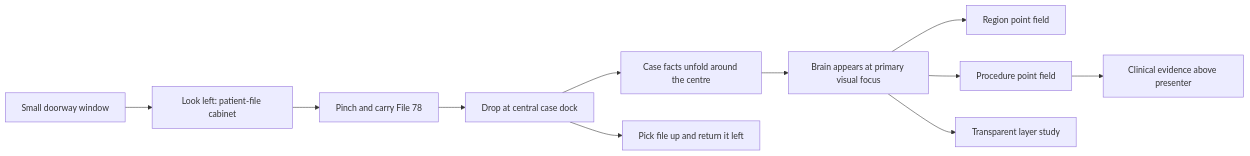
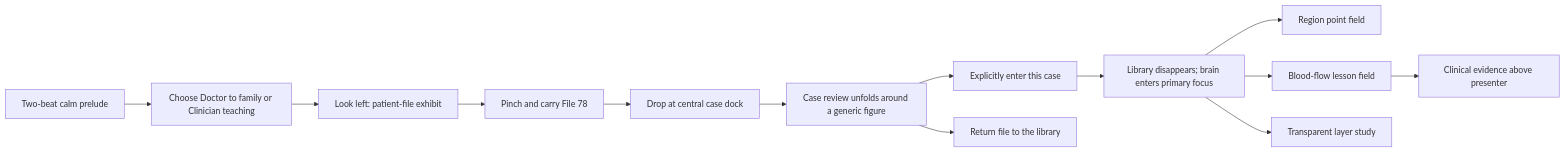
One commit to Arnie016/Stroke-VisionOS changed the diagram in apps/StrokeCare/Docs/STROKE_CARE_PRODUCT_UI_MAP.md. Above: the diagram before and after it, drawn with Mermaid. The commit also changed other lines of this file and 18 other files, not shown here.

Commit message:
feat: separate case review from stroke lessons

````diff
--- a/apps/StrokeCare/Docs/STROKE_CARE_PRODUCT_UI_MAP.md
+++ b/apps/StrokeCare/Docs/STROKE_CARE_PRODUCT_UI_MAP.md
@@ -12,13 +12,15 @@
 ```mermaid
 flowchart LR
-    A["Small doorway window"] --> B["Look left: patient-file cabinet"]
+    A["Two-beat calm prelude"] --> A2["Choose Doctor to family or Clinician teaching"]
+    A2 --> B["Look left: patient-file exhibit"]
     B --> C["Pinch and carry File 78"]
     C --> D["Drop at central case dock"]
-    D --> E["Case facts unfold around the centre"]
-    E --> F["Brain appears at primary visual focus"]
+    D --> E["Case review unfolds around a generic figure"]
+    E --> E2["Explicitly enter this case"]
+    E2 --> F["Library disappears; brain enters primary focus"]
     F --> G["Region point field"]
-    F --> H["Procedure point field"]
+    F --> H["Blood-flow lesson field"]
     F --> I["Transparent layer study"]
     H --> J["Clinical evidence above presenter"]
-    D --> K["Pick file up and return it left"]
+    E --> K["Return file to the library"]
 ```
````
